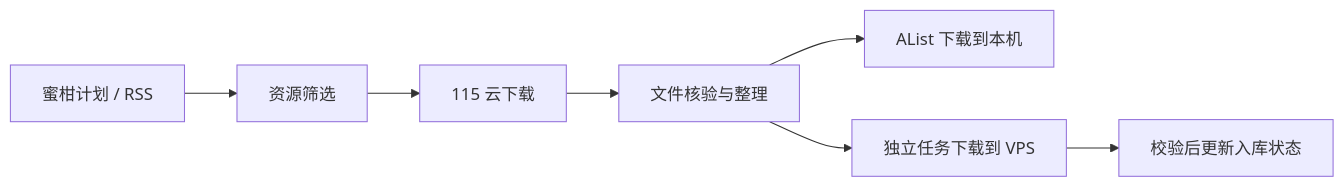
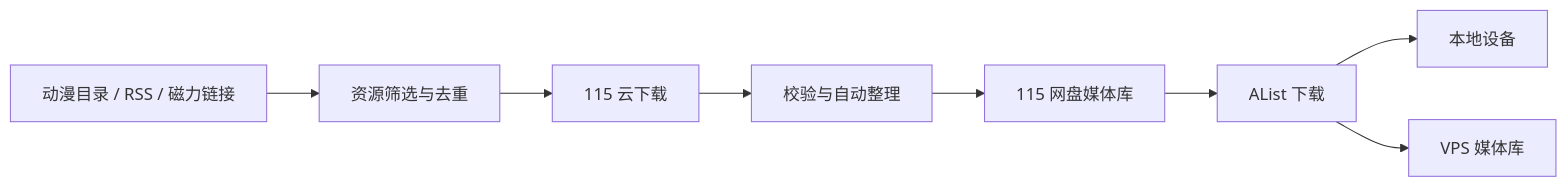
Before and after one commit to yywyao/anime-115: the diagram in README.md, drawn with Mermaid. The commit also changed other lines of this file and 1 other file, not shown here.

````diff
--- a/README.md
+++ b/README.md
@@ -59,9 +23,10 @@
 ```mermaid
 flowchart LR
-    A[蜜柑计划 / RSS] --> B[资源筛选]
-    B --> C[115 云下载]
-    C --> D[文件核验与整理]
-    D --> E[AList 下载到本机]
-    D --> F[独立任务下载到 VPS]
-    F --> G[校验后更新入库状态]
+    A["动漫目录 / RSS / 磁力链接"] --> B["资源筛选与去重"]
+    B --> C["115 云下载"]
+    C --> D["校验与自动整理"]
+    D --> E["115 网盘媒体库"]
+    E --> F["AList 下载"]
+    F --> G["本地设备"]
+    F --> H["VPS 媒体库"]
 ```
````
